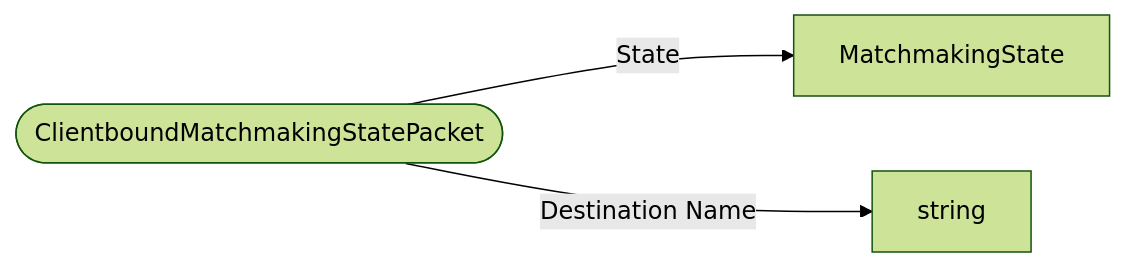
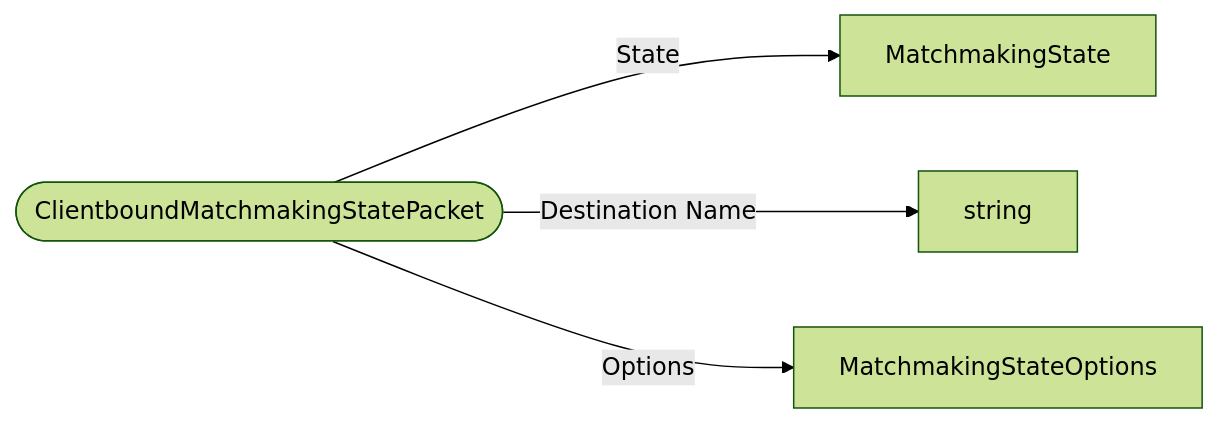
The diagram in schemas/packets/ClientboundMatchmakingStatePacket.md (bedrock-v/protocol-docs), drawn with Mermaid (forest theme) before and after one commit. The commit also changed 21 other files, not shown here.

````diff
--- a/schemas/packets/ClientboundMatchmakingStatePacket.md
+++ b/schemas/packets/ClientboundMatchmakingStatePacket.md
@@ -7,6 +7,7 @@
 ```mermaid
 flowchart LR
   ROOT(["ClientboundMatchmakingStatePacket"])
   ROOT -->|"State"| MatchmakingState["MatchmakingState"]
   ROOT -->|"Destination Name"| string["string"]
+  ROOT -->|"Options"| MatchmakingStateOptions["MatchmakingStateOptions"]
 ```
````
